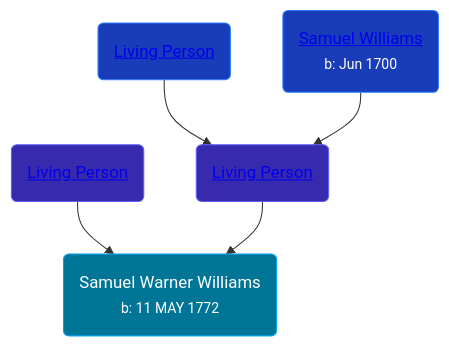
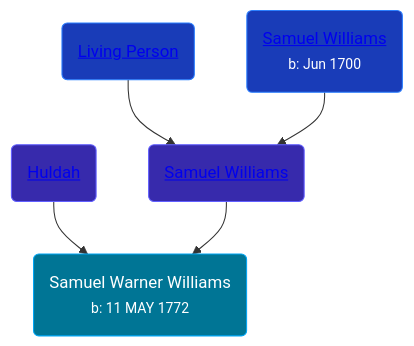
Before and after one commit to wpmgotkh/wpmgotkh.github.io: the diagram in pages/people/2/2994960.md, drawn with Mermaid. The commit also changed other lines of this file and 586 other files, not shown here.

Commit message:
feat: better shouldConsiderPersonLiving algo

````diff
--- a/pages/people/2/2994960.md
+++ b/pages/people/2/2994960.md
@@ -10,11 +10,11 @@
 ```mermaid
 graph
 classDef grands fill:#193cb8,stroke:#2b7fff,stroke-width:1px,color:#fff;
 classDef parents fill:#372aac,stroke:#615fff,stroke-width:1px,color:#fff;
 classDef primary fill:#007595,stroke:#00a6f4,stroke-width:1px,color:#fff;
 2994960(Samuel Warner Williams<br /><small>b: 11 MAY 1772</small>):::primary
-62871690(<a class="text-white" href="/people/6/62871690">Living Person</a>):::parents-->2994960
-55971024(<a class="text-white" href="/people/5/55971024">Living Person</a>):::parents-->2994960
+62871690(<a class="text-white" href="/people/6/62871690">Huldah </a>):::parents-->2994960
+55971024(<a class="text-white" href="/people/5/55971024">Samuel Williams</a>):::parents-->2994960
 27215076(<a class="text-white" href="/people/2/27215076">Living Person</a>):::grands-->55971024
 90108080(<a class="text-white" href="/people/9/90108080">Samuel Williams</a><br /><small>b: Jun 1700</small>):::grands-->55971024
 ```
````
